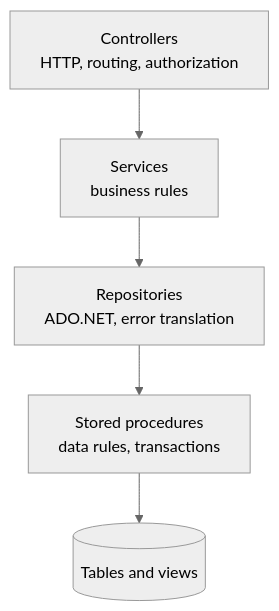
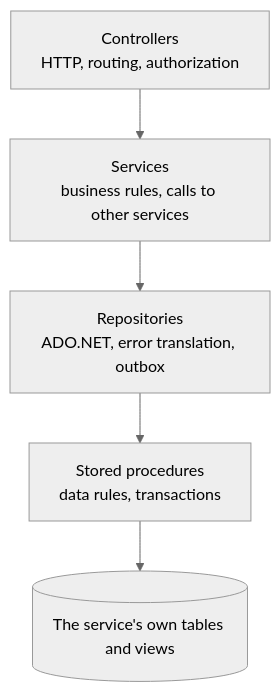
Before and after one commit to organizedanvrchy/Insurance-Full-Stack-App: the second of 2 diagrams in README.md, drawn with Mermaid (neutral theme). The commit also changed other lines of this file and 253 other files, not shown here.

````diff
--- a/README.md
+++ b/README.md
@@ -111,7 +133,7 @@
 ```mermaid
 flowchart TD
-    C["Controllers<br/>HTTP, routing, authorization"] --> S["Services<br/>business rules"]
-    S --> R["Repositories<br/>ADO.NET, error translation"]
+    C["Controllers<br/>HTTP, routing, authorization"] --> S["Services<br/>business rules, calls to other services"]
+    S --> R["Repositories<br/>ADO.NET, error translation, outbox"]
     R --> P["Stored procedures<br/>data rules, transactions"]
-    P --> T[("Tables and views")]
+    P --> T[("The service's own tables and views")]
 ```
````
